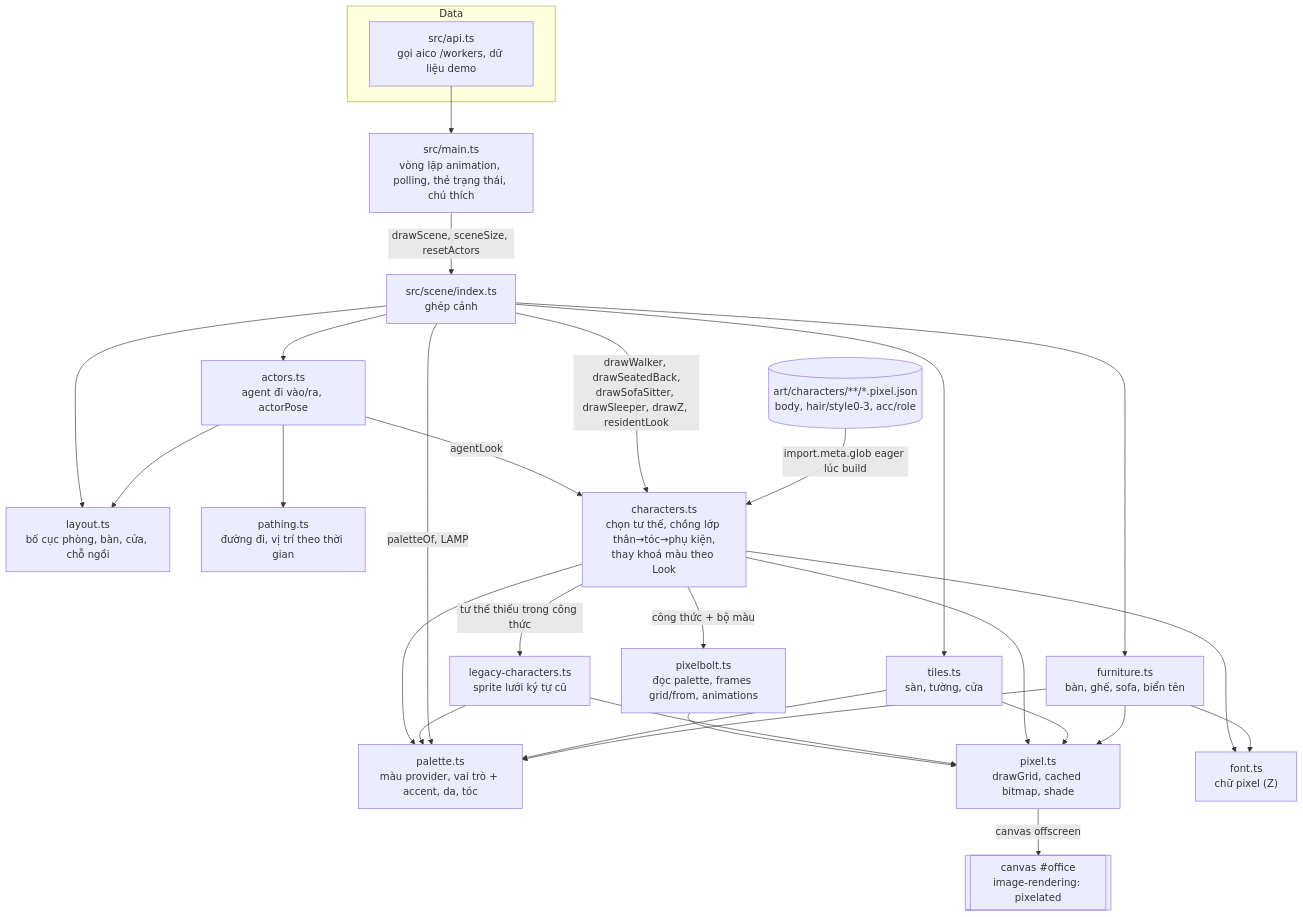
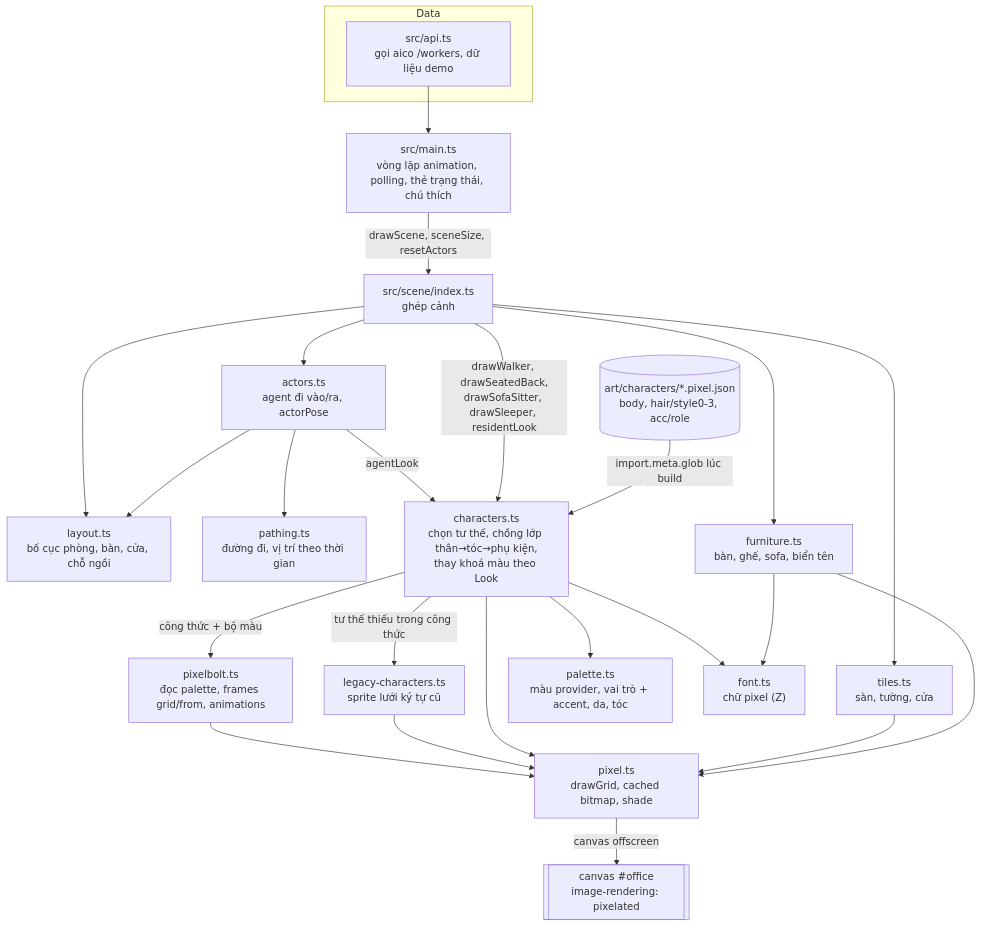
One commit to VX-Anh/aico-office changed the diagram in docs/architecture.md. Above: the diagram before and after it, drawn with Mermaid. The commit also changed other lines of this file and 1 other file, not shown here.

````diff
--- a/docs/architecture.md
+++ b/docs/architecture.md
@@ -5,35 +6,31 @@
 ```mermaid
 flowchart TD
   subgraph Data
     API["src/api.ts<br/>gọi aico /workers, dữ liệu demo"]
   end
   MAIN["src/main.ts<br/>vòng lặp animation, polling, thẻ trạng thái, chú thích"]
   API --> MAIN
   MAIN -->|drawScene, sceneSize, resetActors| IDX["src/scene/index.ts<br/>ghép cảnh"]
 
   IDX --> LAYOUT["layout.ts<br/>bố cục phòng, bàn, cửa, chỗ ngồi"]
   IDX --> ACT["actors.ts<br/>agent đi vào/ra, actorPose"]
   ACT --> LAYOUT
   ACT --> PATH["pathing.ts<br/>đường đi, vị trí theo thời gian"]
   ACT -->|agentLook| CHAR
   IDX --> TILES["tiles.ts<br/>sàn, tường, cửa"]
   IDX --> FURN["furniture.ts<br/>bàn, ghế, sofa, biển tên"]
-  IDX -->|drawWalker, drawSeatedBack,<br/>drawSofaSitter, drawSleeper, drawZ, residentLook| CHAR["characters.ts<br/>chọn tư thế, chồng lớp thân→tóc→phụ kiện,<br/>thay khoá màu theo Look"]
+  IDX -->|drawWalker, drawSeatedBack,<br/>drawSofaSitter, drawSleeper, residentLook| CHAR["characters.ts<br/>chọn tư thế, chồng lớp thân→tóc→phụ kiện,<br/>thay khoá màu theo Look"]
 
-  ART[("art/characters/**/*.pixel.json<br/>body, hair/style0-3, acc/role")] -->|import.meta.glob eager lúc build| CHAR
+  ART[("art/characters/*.pixel.json<br/>body, hair/style0-3, acc/role")] -->|import.meta.glob lúc build| CHAR
   CHAR -->|công thức + bộ màu| PB["pixelbolt.ts<br/>đọc palette, frames grid/from, animations"]
   CHAR -->|tư thế thiếu trong công thức| LEG["legacy-characters.ts<br/>sprite lưới ký tự cũ"]
   CHAR --> PAL["palette.ts<br/>màu provider, vai trò + accent, da, tóc"]
-  LEG --> PAL
-  IDX -->|paletteOf, LAMP| PAL
-  TILES --> PAL
-  FURN --> PAL
   PB --> PIX["pixel.ts<br/>drawGrid, cached bitmap, shade"]
   LEG --> PIX
   CHAR --> PIX
   CHAR --> FONT["font.ts<br/>chữ pixel (Z)"]
   TILES --> PIX
   FURN --> PIX
   FURN --> FONT
   PIX -->|canvas offscreen| CANVAS[["canvas #office<br/>image-rendering: pixelated"]]
 ```
````
